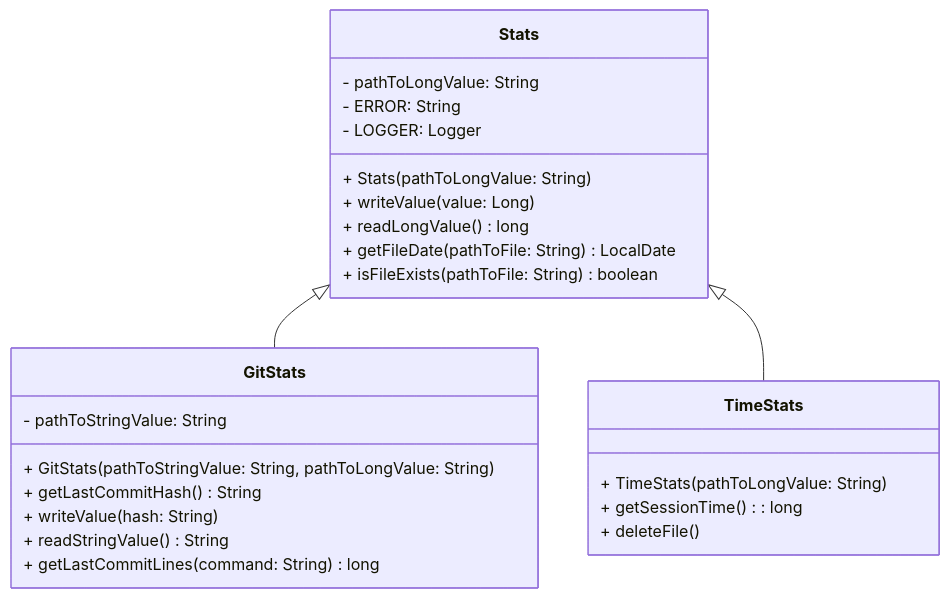
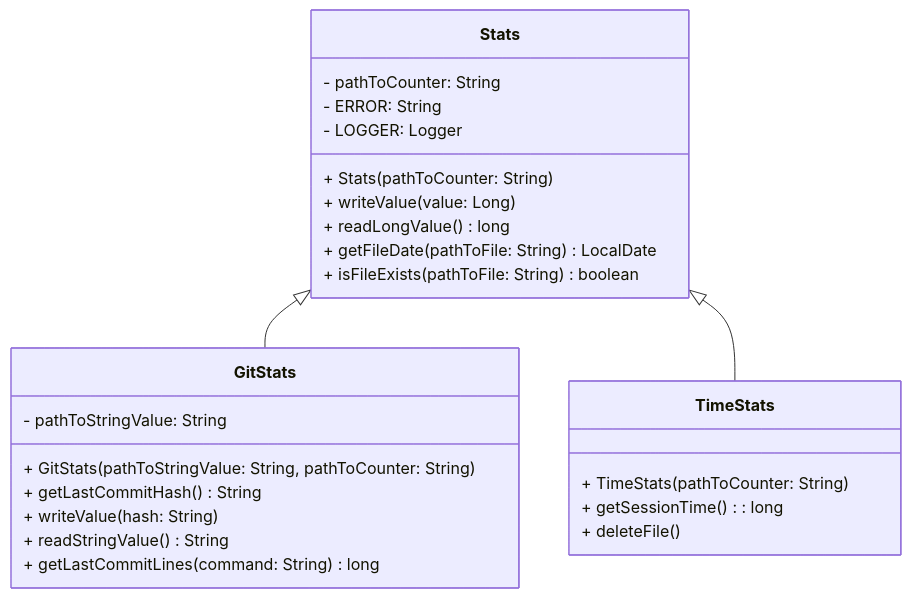
One commit to AlexandrAnatoliev/jvim-plugins changed the first of 4 diagrams in vimstat/README.md. Above: the diagram before and after it, drawn with Mermaid. The commit also changed other lines of this file and 5 other files, not shown here.

First line of the commit message:
fix(vimstat): rename pathToLongValue into pathToCounter

````diff
--- a/vimstat/README.md
+++ b/vimstat/README.md
@@ -142,32 +142,32 @@
 ```mermaid
 classDiagram
 
   class Stats {
-    - pathToLongValue: String 
+    - pathToCounter: String 
     - ERROR: String 
     - LOGGER: Logger
-    + Stats(pathToLongValue: String)
+    + Stats(pathToCounter: String)
     + writeValue(value: Long )
     + readLongValue() long 
     + getFileDate(pathToFile: String) LocalDate
     + isFileExists(pathToFile: String) boolean 
   }
 
   class GitStats {
     - pathToStringValue: String 
-    + GitStats(pathToStringValue: String, pathToLongValue: String)
+    + GitStats(pathToStringValue: String, pathToCounter: String)
     + getLastCommitHash() String 
     + writeValue(hash: String) 
     + readStringValue() String
     + getLastCommitLines(command: String) long
   }
 
   class TimeStats {
-    + TimeStats(pathToLongValue: String)
+    + TimeStats(pathToCounter: String)
     + getSessionTime(): long 
     + deleteFile() 
   }
 
   Stats <|-- GitStats
   Stats <|-- TimeStats
 ```
````
